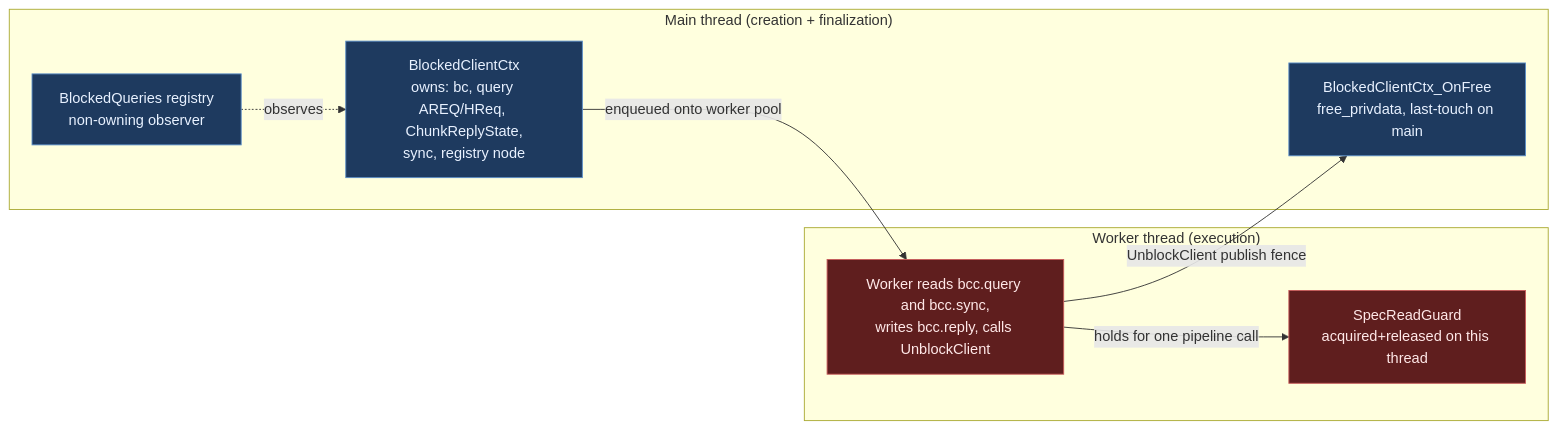
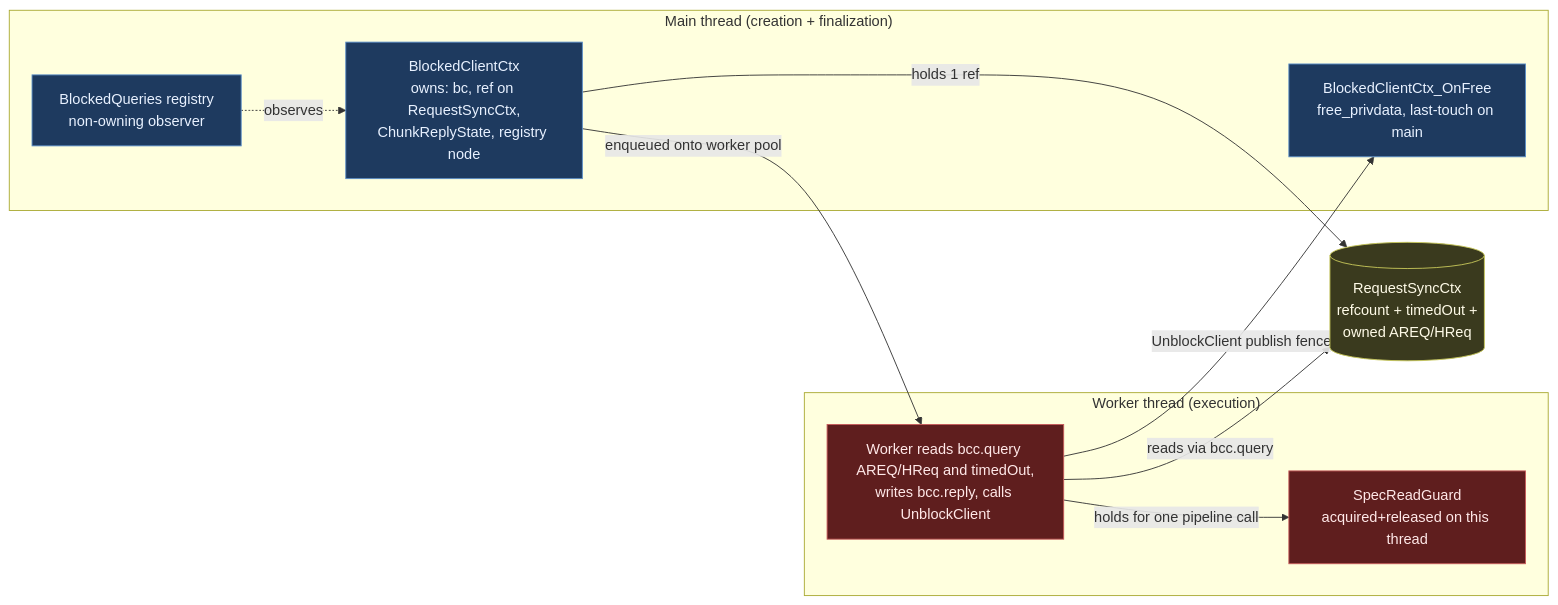
Before and after one commit to RediSearch/RediSearch: the second of 5 diagrams in docs/design/blocked_client_refactor.md, drawn with Mermaid. The commit also changed other lines of this file, not shown here.

Commit message:
Refactor ownership model in BlockedClientCtx and introduce RequestSyncCtx wrapper for unified refcounting. Enhance clarity on role responsibilities and streamline cross-thread interactions.

````diff
--- a/docs/design/blocked_client_refactor.md
+++ b/docs/design/blocked_client_refactor.md
@@ -161,22 +174,26 @@
 ```mermaid
 flowchart LR
   classDef main fill:#1e3a5f,stroke:#5a8dc7,color:#e8f1ff
   classDef bg   fill:#5f1e1e,stroke:#c75a5a,color:#ffe8e8
   classDef shared fill:#3a3a1e,stroke:#c7c75a,color:#fffbe8
 
   subgraph "Main thread (creation + finalization)"
-    BCC[BlockedClientCtx<br/>owns: bc, query AREQ/HReq, ChunkReplyState,<br/>sync, registry node]:::main
+    BCC[BlockedClientCtx<br/>owns: bc, ref on RequestSyncCtx,<br/>ChunkReplyState, registry node]:::main
     REG[BlockedQueries registry<br/>non-owning observer]:::main
     OF[BlockedClientCtx_OnFree<br/>free_privdata, last-touch on main]:::main
   end
 
   subgraph "Worker thread (execution)"
-    EXEC[Worker reads bcc.query and bcc.sync,<br/>writes bcc.reply, calls UnblockClient]:::bg
+    EXEC[Worker reads bcc.query AREQ/HReq and timedOut,<br/>writes bcc.reply, calls UnblockClient]:::bg
     GUARD[SpecReadGuard<br/>acquired+released on this thread]:::bg
   end
 
+  RSC[(RequestSyncCtx<br/>refcount + timedOut +<br/>owned AREQ/HReq)]:::shared
+
   REG -.observes.-> BCC
+  BCC -->|holds 1 ref| RSC
   BCC -->|enqueued onto worker pool| EXEC
+  EXEC -->|reads via bcc.query| RSC
   EXEC -->|holds for one pipeline call| GUARD
   EXEC -->|UnblockClient publish fence| OF
 ```
````
